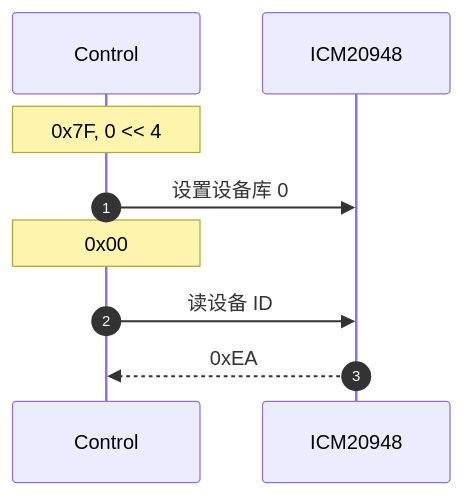
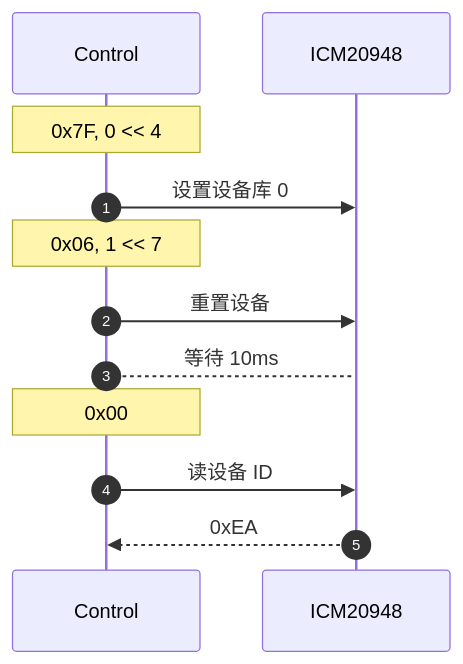
Before and after one commit to hkdickyko/hkdickyko.github.io: the first of 5 diagrams in _posts/2025-04-06-mdchart.md, drawn with Mermaid. The commit also changed other lines of this file, not shown here.

```diff
--- a/_posts/2025-04-06-mdchart.md
+++ b/_posts/2025-04-06-mdchart.md
@@ -146,11 +148,14 @@
 <div class="mermaid">
 sequenceDiagram;
    autonumber;
    participant C as Control;
    participant I as ICM20948;
    note over C: 0x7F, 0 << 4;
    C->>I: 设置设备库 0;
+   note over C: 0x06, 1 << 7;
+   C->>I: 重置设备;
+   C-->I: 等待 10ms;   
    note over C: 0x00;
    C->>I: 读设备 ID;
    I-->>C: 0xEA;
 </div>
```
